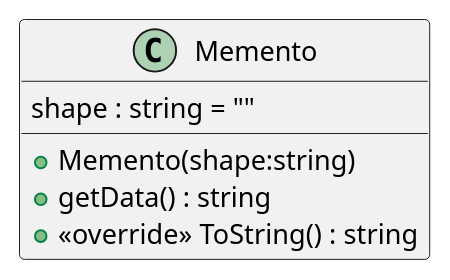
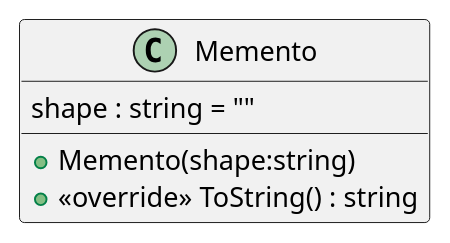
Before and after one commit to AlexAmI123/3rd-Year: the diagram in plantuml/CS264/Assignment3/memento.puml, drawn with PlantUML. The commit also changed 16 other files, not shown here.

```diff
--- a/plantuml/CS264/Assignment3/memento.puml
+++ b/plantuml/CS264/Assignment3/memento.puml
@@ -1,8 +1,7 @@
 @startuml
 class Memento {
     shape : string = ""
     + Memento(shape:string)
-    + getData() : string
     + <<override>> ToString() : string
 }
 @enduml
```
